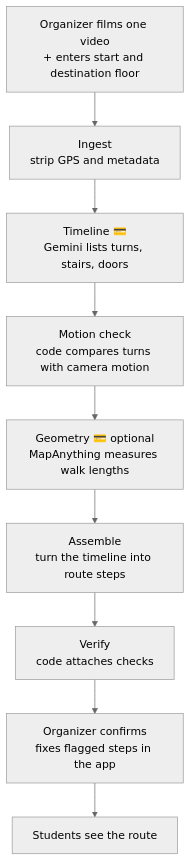
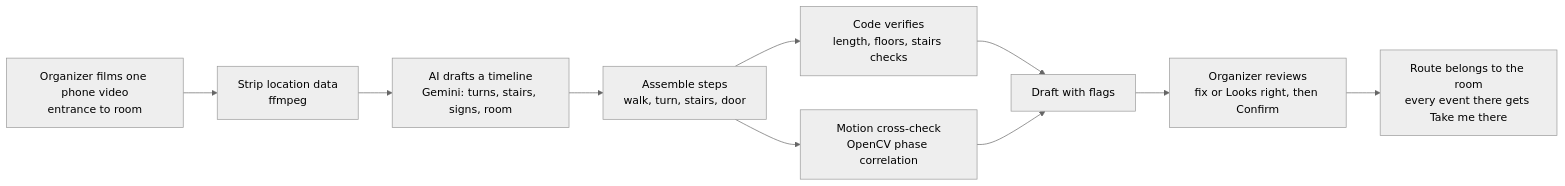
One commit to chernohb23/KSU-GO changed the second of 6 diagrams in README.md. Above: the diagram before and after it, drawn with Mermaid (neutral theme). The commit also changed other lines of this file and 1 other file, not shown here.

````diff
--- a/README.md
+++ b/README.md
@@ -38,11 +47,12 @@
 ```mermaid
-flowchart TD
-    v["Organizer films one video<br/>+ enters start and destination floor"] --> i["Ingest<br/>strip GPS and metadata"]
-    i --> t["Timeline 💳<br/>Gemini lists turns, stairs, doors"]
-    t --> m["Motion check<br/>code compares turns with camera motion"]
-    m --> g["Geometry 💳 optional<br/>MapAnything measures walk lengths"]
-    g --> a["Assemble<br/>turn the timeline into route steps"]
-    a --> ve["Verify<br/>code attaches checks"]
-    ve --> c["Organizer confirms<br/>fixes flagged steps in the app"]
-    c --> s["Students see the route"]
+flowchart LR
+  V[Organizer films one phone video<br/>entrance to room] --> S[Strip location data<br/>ffmpeg]
+  S --> G[AI drafts a timeline<br/>Gemini: turns, stairs, signs, room]
+  G --> A[Assemble steps<br/>walk, turn, stairs, door]
+  A --> C[Code verifies<br/>length, floors, stairs checks]
+  A --> M[Motion cross-check<br/>OpenCV phase correlation]
+  C --> D[Draft with flags]
+  M --> D
+  D --> O[Organizer reviews<br/>fix or Looks right, then Confirm]
+  O --> R[Route belongs to the room<br/>every event there gets Take me there]
 ```
````
